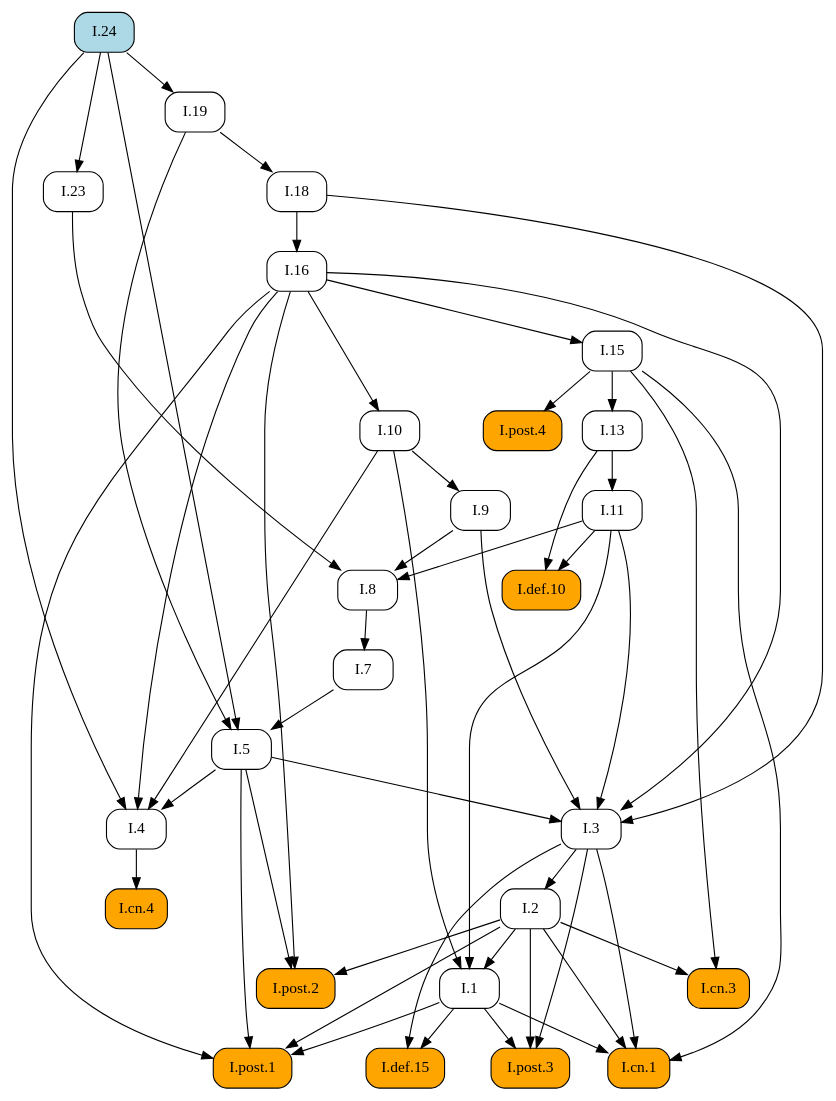
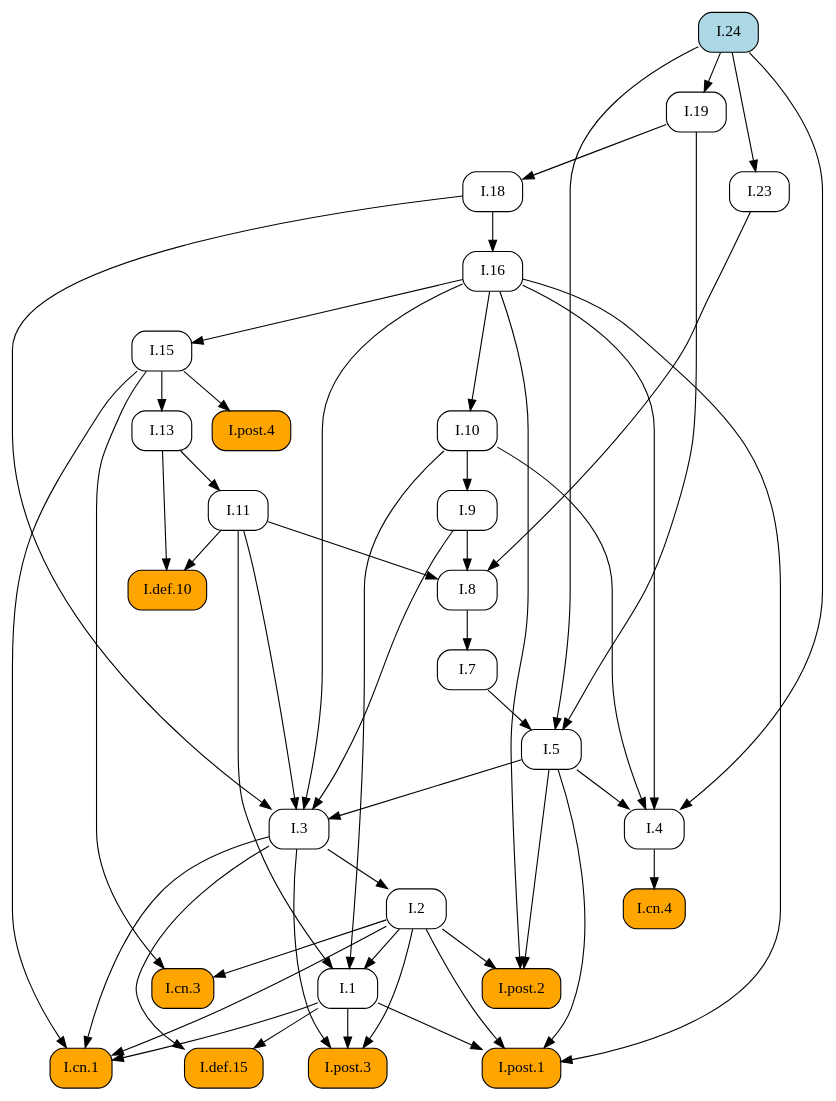
Before and after one commit to geometor/elements: the diagram in docsrc/heath/I/24/index.rst, drawn with Graphviz. The commit also changed other lines of this file and 1029 other files, not shown here.

```diff
--- a/docsrc/heath/I/24/index.rst
+++ b/docsrc/heath/I/24/index.rst
@@ -65,81 +65,81 @@
    digraph {
      rankdir="TB";
      node [shape=box, style=rounded];
+     "I.def.10" [style="rounded,filled", fillcolor=orange, URL="/heath/I/def.10/", target="_top"];
+     "I.11" [URL="/heath/I/11/", target="_top"];
+     "I.post.4" [style="rounded,filled", fillcolor=orange, URL="/heath/I/post.4/", target="_top"];
+     "I.1" [URL="/heath/I/1/", target="_top"];
+     "I.7" [URL="/heath/I/7/", target="_top"];
+     "I.3" [URL="/heath/I/3/", target="_top"];
+     "I.24" [style="rounded,filled", fillcolor=lightblue, URL="/heath/I/24/", target="_top"];
+     "I.2" [URL="/heath/I/2/", target="_top"];
+     "I.4" [URL="/heath/I/4/", target="_top"];
      "I.13" [URL="/heath/I/13/", target="_top"];
+     "I.post.2" [style="rounded,filled", fillcolor=orange, URL="/heath/I/post.2/", target="_top"];
+     "I.18" [URL="/heath/I/18/", target="_top"];
+     "I.16" [URL="/heath/I/16/", target="_top"];
+     "I.def.15" [style="rounded,filled", fillcolor=orange, URL="/heath/I/def.15/", target="_top"];
+     "I.19" [URL="/heath/I/19/", target="_top"];
+     "I.post.3" [style="rounded,filled", fillcolor=orange, URL="/heath/I/post.3/", target="_top"];
+     "I.9" [URL="/heath/I/9/", target="_top"];
+     "I.cn.1" [style="rounded,filled", fillcolor=orange, URL="/heath/I/cn.1/", target="_top"];
      "I.cn.3" [style="rounded,filled", fillcolor=orange, URL="/heath/I/cn.3/", target="_top"];
+     "I.8" [URL="/heath/I/8/", target="_top"];
+     "I.cn.4" [style="rounded,filled", fillcolor=orange, URL="/heath/I/cn.4/", target="_top"];
+     "I.23" [URL="/heath/I/23/", target="_top"];
+     "I.15" [URL="/heath/I/15/", target="_top"];
+     "I.post.1" [style="rounded,filled", fillcolor=orange, URL="/heath/I/post.1/", target="_top"];
+     "I.10" [URL="/heath/I/10/", target="_top"];
      "I.5" [URL="/heath/I/5/", target="_top"];
-     "I.11" [URL="/heath/I/11/", target="_top"];
-     "I.7" [URL="/heath/I/7/", target="_top"];
-     "I.10" [URL="/heath/I/10/", target="_top"];
-     "I.4" [URL="/heath/I/4/", target="_top"];
-     "I.3" [URL="/heath/I/3/", target="_top"];
-     "I.16" [URL="/heath/I/16/", target="_top"];
-     "I.8" [URL="/heath/I/8/", target="_top"];
-     "I.9" [URL="/heath/I/9/", target="_top"];
-     "I.def.10" [style="rounded,filled", fillcolor=orange, URL="/heath/I/def.10/", target="_top"];
-     "I.post.4" [style="rounded,filled", fillcolor=orange, URL="/heath/I/post.4/", target="_top"];
-     "I.post.2" [style="rounded,filled", fillcolor=orange, URL="/heath/I/post.2/", target="_top"];
-     "I.2" [URL="/heath/I/2/", target="_top"];
-     "I.def.15" [style="rounded,filled", fillcolor=orange, URL="/heath/I/def.15/", target="_top"];
-     "I.1" [URL="/heath/I/1/", target="_top"];
-     "I.post.3" [style="rounded,filled", fillcolor=orange, URL="/heath/I/post.3/", target="_top"];
-     "I.post.1" [style="rounded,filled", fillcolor=orange, URL="/heath/I/post.1/", target="_top"];
-     "I.24" [style="rounded,filled", fillcolor=lightblue, URL="/heath/I/24/", target="_top"];
-     "I.cn.4" [style="rounded,filled", fillcolor=orange, URL="/heath/I/cn.4/", target="_top"];
-     "I.cn.1" [style="rounded,filled", fillcolor=orange, URL="/heath/I/cn.1/", target="_top"];
-     "I.15" [URL="/heath/I/15/", target="_top"];
-     "I.19" [URL="/heath/I/19/", target="_top"];
-     "I.18" [URL="/heath/I/18/", target="_top"];
-     "I.23" [URL="/heath/I/23/", target="_top"];
-     "I.15" -> "I.13";
-     "I.2" -> "I.cn.3";
-     "I.15" -> "I.cn.3";
-     "I.7" -> "I.5";
-     "I.19" -> "I.5";
-     "I.24" -> "I.5";
+     "I.11" -> "I.def.10";
+     "I.13" -> "I.def.10";
      "I.13" -> "I.11";
+     "I.15" -> "I.post.4";
+     "I.2" -> "I.1";
+     "I.10" -> "I.1";
+     "I.11" -> "I.1";
      "I.8" -> "I.7";
-     "I.16" -> "I.10";
-     "I.5" -> "I.4";
-     "I.10" -> "I.4";
-     "I.16" -> "I.4";
-     "I.24" -> "I.4";
      "I.5" -> "I.3";
      "I.9" -> "I.3";
      "I.11" -> "I.3";
      "I.16" -> "I.3";
      "I.18" -> "I.3";
+     "I.3" -> "I.2";
+     "I.5" -> "I.4";
+     "I.10" -> "I.4";
+     "I.16" -> "I.4";
+     "I.24" -> "I.4";
+     "I.15" -> "I.13";
+     "I.2" -> "I.post.2";
+     "I.5" -> "I.post.2";
+     "I.16" -> "I.post.2";
+     "I.19" -> "I.18";
      "I.18" -> "I.16";
+     "I.1" -> "I.def.15";
+     "I.3" -> "I.def.15";
+     "I.24" -> "I.19";
+     "I.1" -> "I.post.3";
+     "I.2" -> "I.post.3";
+     "I.3" -> "I.post.3";
+     "I.10" -> "I.9";
+     "I.1" -> "I.cn.1";
+     "I.2" -> "I.cn.1";
+     "I.3" -> "I.cn.1";
+     "I.15" -> "I.cn.1";
+     "I.2" -> "I.cn.3";
+     "I.15" -> "I.cn.3";
      "I.9" -> "I.8";
      "I.11" -> "I.8";
      "I.23" -> "I.8";
-     "I.10" -> "I.9";
-     "I.11" -> "I.def.10";
-     "I.13" -> "I.def.10";
-     "I.15" -> "I.post.4";
-     "I.2" -> "I.post.2";
-     "I.5" -> "I.post.2";
-     "I.16" -> "I.post.2";
-     "I.3" -> "I.2";
-     "I.1" -> "I.def.15";
-     "I.3" -> "I.def.15";
-     "I.2" -> "I.1";
-     "I.10" -> "I.1";
-     "I.11" -> "I.1";
-     "I.1" -> "I.post.3";
-     "I.2" -> "I.post.3";
-     "I.3" -> "I.post.3";
+     "I.4" -> "I.cn.4";
+     "I.24" -> "I.23";
+     "I.16" -> "I.15";
      "I.1" -> "I.post.1";
      "I.2" -> "I.post.1";
      "I.5" -> "I.post.1";
      "I.16" -> "I.post.1";
-     "I.4" -> "I.cn.4";
-     "I.1" -> "I.cn.1";
-     "I.2" -> "I.cn.1";
-     "I.3" -> "I.cn.1";
-     "I.15" -> "I.cn.1";
-     "I.16" -> "I.15";
-     "I.24" -> "I.19";
-     "I.19" -> "I.18";
-     "I.24" -> "I.23";
+     "I.16" -> "I.10";
+     "I.7" -> "I.5";
+     "I.19" -> "I.5";
+     "I.24" -> "I.5";
    }
```
